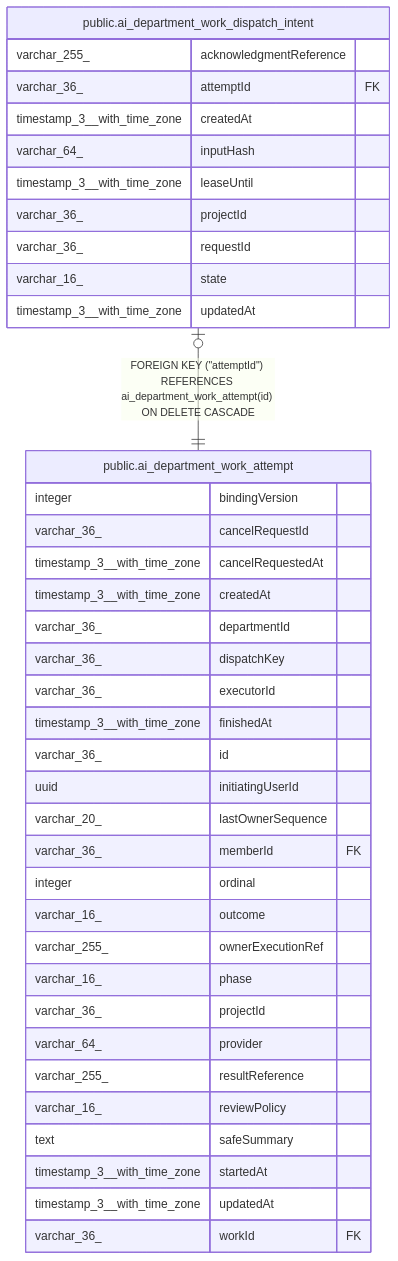
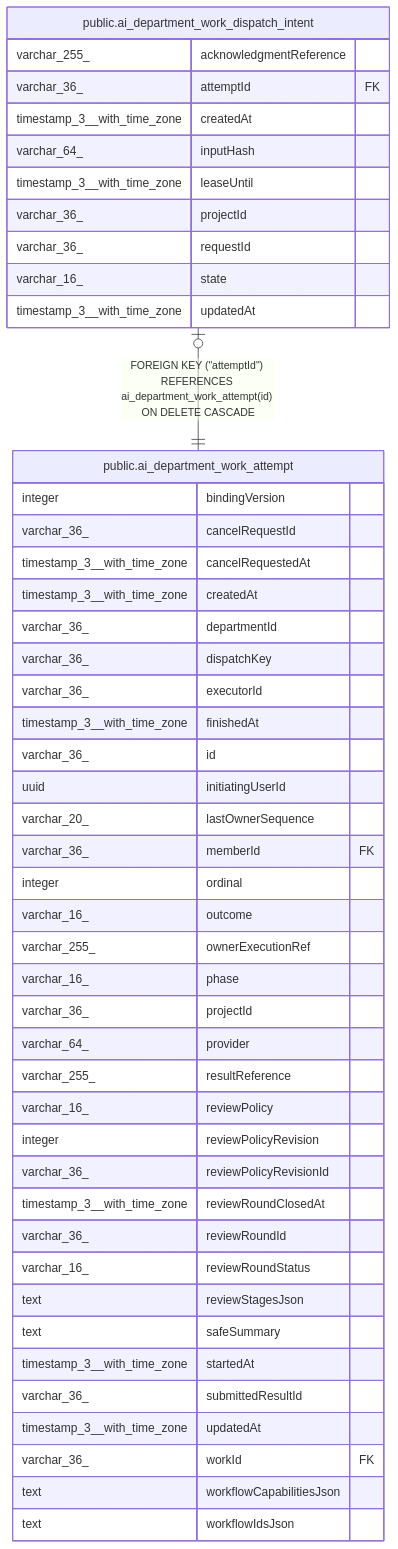
One commit to haison1234/Nexora changed the diagram in docs/generated/postgres-schema/public.ai_department_work_dispatch_intent.md. Above: the diagram before and after it, drawn with Mermaid. The commit also changed 524 other files, not shown here.

````diff
--- a/docs/generated/postgres-schema/public.ai_department_work_dispatch_intent.md
+++ b/docs/generated/postgres-schema/public.ai_department_work_dispatch_intent.md
@@ -39,43 +39,52 @@
 ```mermaid
 erDiagram
 
 "public.ai_department_work_dispatch_intent" |o--|| "public.ai_department_work_attempt" : "FOREIGN KEY (#quot;attemptId#quot;) REFERENCES ai_department_work_attempt(id) ON DELETE CASCADE"
 
 "public.ai_department_work_dispatch_intent" {
   varchar_255_ acknowledgmentReference
   varchar_36_ attemptId FK
   timestamp_3__with_time_zone createdAt
   varchar_64_ inputHash
   timestamp_3__with_time_zone leaseUntil
   varchar_36_ projectId
   varchar_36_ requestId
   varchar_16_ state
   timestamp_3__with_time_zone updatedAt
 }
 "public.ai_department_work_attempt" {
   integer bindingVersion
   varchar_36_ cancelRequestId
   timestamp_3__with_time_zone cancelRequestedAt
   timestamp_3__with_time_zone createdAt
   varchar_36_ departmentId
   varchar_36_ dispatchKey
   varchar_36_ executorId
   timestamp_3__with_time_zone finishedAt
   varchar_36_ id
   uuid initiatingUserId
   varchar_20_ lastOwnerSequence
   varchar_36_ memberId FK
   integer ordinal
   varchar_16_ outcome
   varchar_255_ ownerExecutionRef
   varchar_16_ phase
   varchar_36_ projectId
   varchar_64_ provider
   varchar_255_ resultReference
   varchar_16_ reviewPolicy
+  integer reviewPolicyRevision
+  varchar_36_ reviewPolicyRevisionId
+  timestamp_3__with_time_zone reviewRoundClosedAt
+  varchar_36_ reviewRoundId
+  varchar_16_ reviewRoundStatus
+  text reviewStagesJson
   text safeSummary
   timestamp_3__with_time_zone startedAt
+  varchar_36_ submittedResultId
   timestamp_3__with_time_zone updatedAt
   varchar_36_ workId FK
+  text workflowCapabilitiesJson
+  text workflowIdsJson
 }
 ```
````
